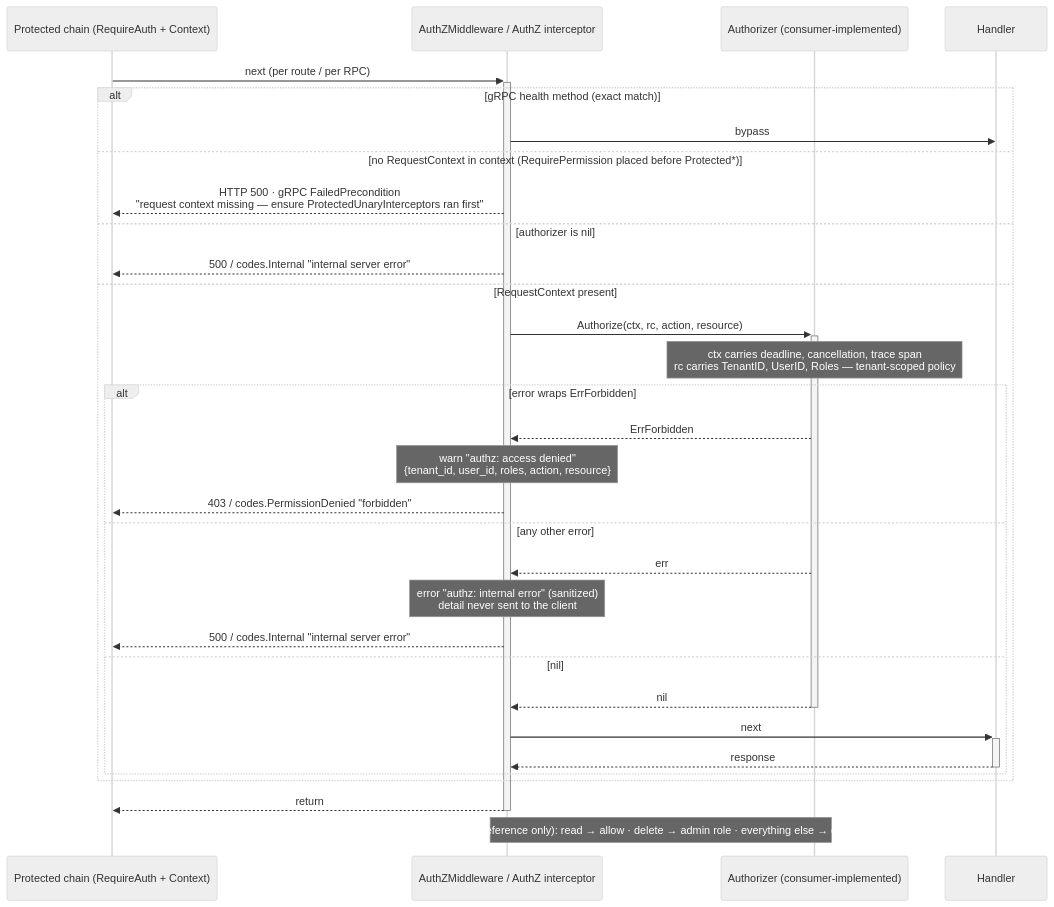
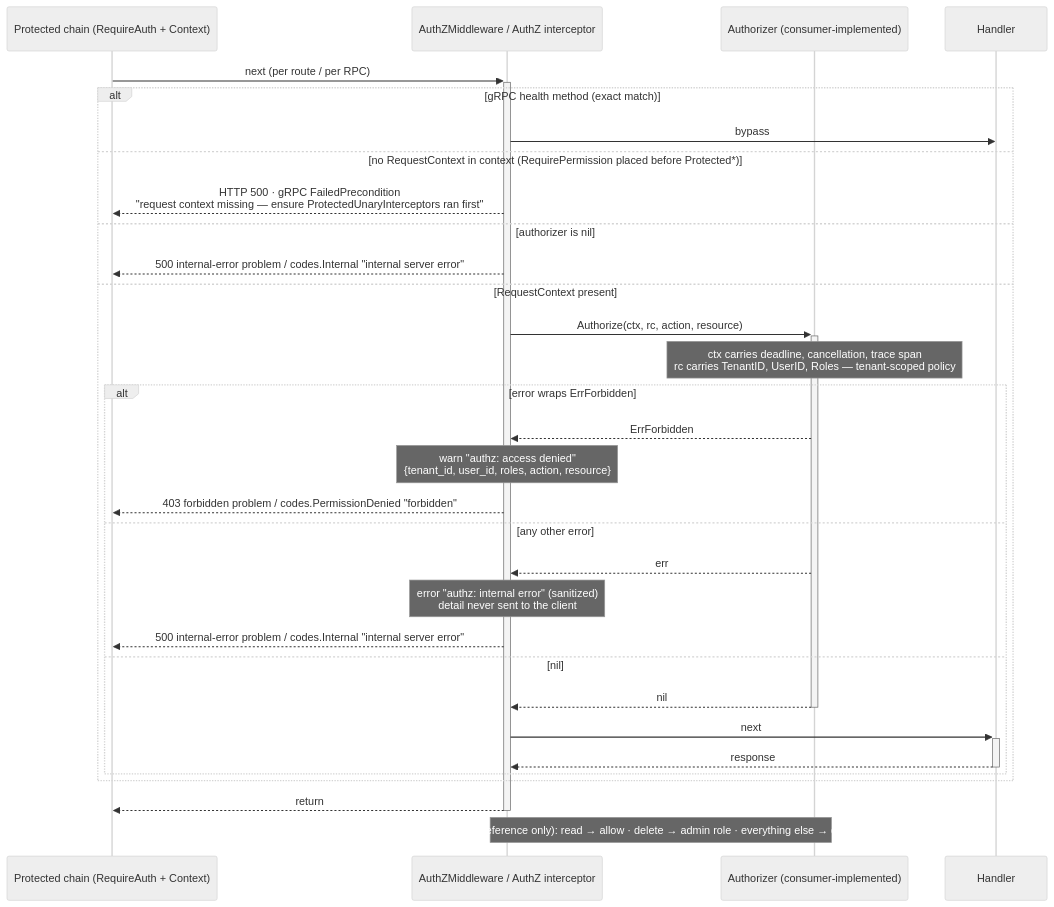
Before and after one commit to BCBP-SOLUTIONS-FZC-LLC/platform-gincommon: the diagram in docs/architecture/mermaid/rbac-middleware-flow.mmd, drawn with Mermaid (neutral theme). The commit also changed 18 other files, not shown here.

```diff
--- a/docs/architecture/mermaid/rbac-middleware-flow.mmd
+++ b/docs/architecture/mermaid/rbac-middleware-flow.mmd
@@ -1,34 +1,34 @@
 sequenceDiagram
     participant Chain as Protected chain (RequireAuth + Context)
     participant AZ as AuthZMiddleware / AuthZ interceptor
     participant A as Authorizer (consumer-implemented)
     participant H as Handler
 
     Chain ->>+ AZ: next (per route / per RPC)
 
     alt gRPC health method (exact match)
         AZ ->> H: bypass
     else no RequestContext in context (RequirePermission placed before Protected*)
         AZ -->> Chain: HTTP 500 · gRPC FailedPrecondition<br/>"request context missing — ensure ProtectedUnaryInterceptors ran first"
     else authorizer is nil
-        AZ -->> Chain: 500 / codes.Internal "internal server error"
+        AZ -->> Chain: 500 internal-error problem / codes.Internal "internal server error"
     else RequestContext present
         AZ ->>+ A: Authorize(ctx, rc, action, resource)
         Note over A: ctx carries deadline, cancellation, trace span<br/>rc carries TenantID, UserID, Roles — tenant-scoped policy
         alt error wraps ErrForbidden
             A -->> AZ: ErrForbidden
             Note over AZ: warn "authz: access denied"<br/>{tenant_id, user_id, roles, action, resource}
-            AZ -->> Chain: 403 / codes.PermissionDenied "forbidden"
+            AZ -->> Chain: 403 forbidden problem / codes.PermissionDenied "forbidden"
         else any other error
             A -->> AZ: err
             Note over AZ: error "authz: internal error" (sanitized)<br/>detail never sent to the client
-            AZ -->> Chain: 500 / codes.Internal "internal server error"
+            AZ -->> Chain: 500 internal-error problem / codes.Internal "internal server error"
         else nil
             A -->>- AZ: nil
             AZ ->>+ H: next
             H -->>- AZ: response
         end
     end
     AZ -->>- Chain: return
 
     Note over AZ,A: NewDemoRBAC (reference only): read → allow · delete → admin role · everything else → deny · nil rc → deny
```
